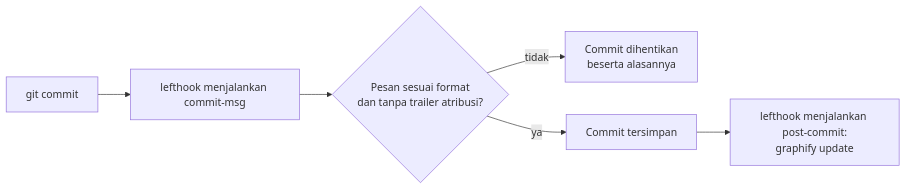
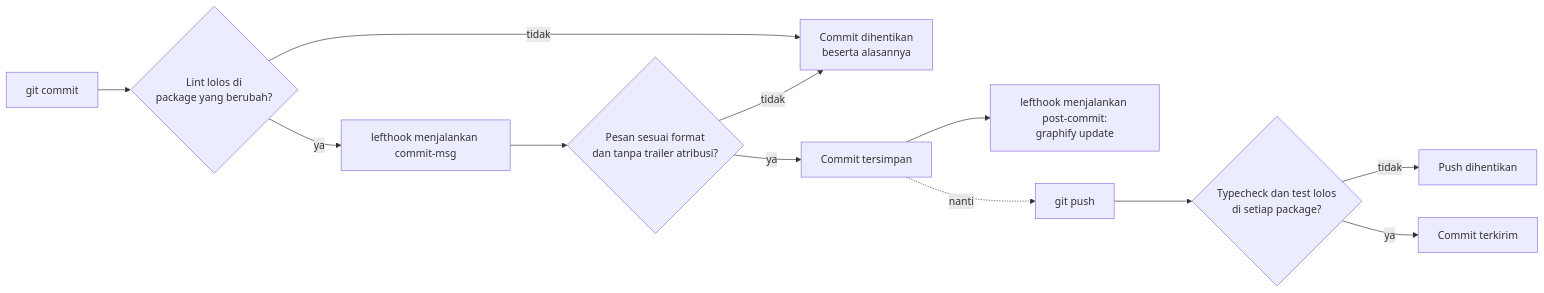
One commit to RedLucky/agent-initiator changed the diagram in docs/wiki/id/features/quality-gates.md. Above: the diagram before and after it, drawn with Mermaid. The commit also changed other lines of this file and 23 other files, not shown here.

First line of the commit message:
feat(TASK-7102): lint before commit, typecheck and tests before push

````diff
--- a/docs/wiki/id/features/quality-gates.md
+++ b/docs/wiki/id/features/quality-gates.md
@@ -13,8 +17,14 @@
 ```mermaid
 flowchart LR
-    A[git commit] --> B[lefthook menjalankan commit-msg]
+    A[git commit] --> L{Lint lolos di<br/>package yang berubah?}
+    L -- tidak --> D
+    L -- ya --> B[lefthook menjalankan commit-msg]
     B --> C{Pesan sesuai format<br/>dan tanpa trailer atribusi?}
     C -- tidak --> D[Commit dihentikan<br/>beserta alasannya]
     C -- ya --> E[Commit tersimpan]
     E --> F[lefthook menjalankan post-commit:<br/>graphify update]
+    E -. nanti .-> P[git push]
+    P --> T{Typecheck dan test lolos<br/>di setiap package?}
+    T -- tidak --> X[Push dihentikan]
+    T -- ya --> Y[Commit terkirim]
 ```
````
